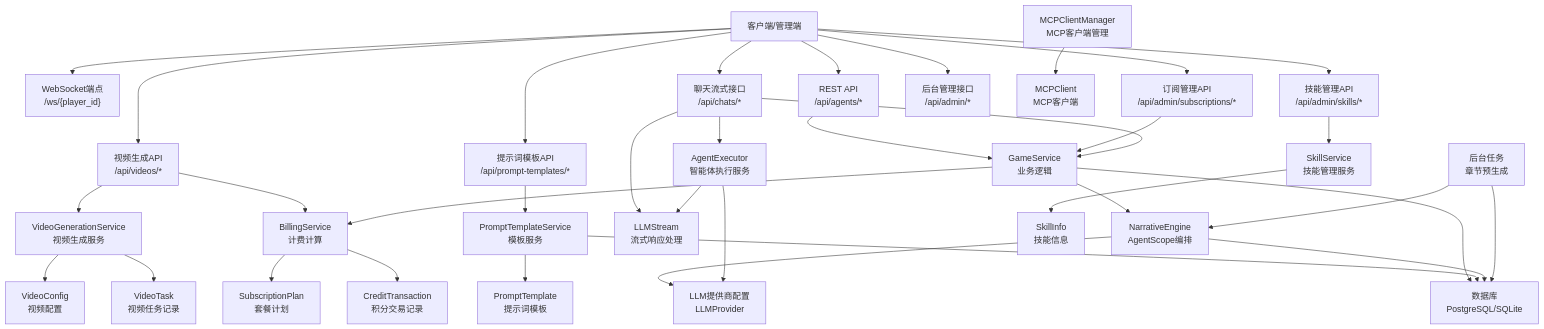
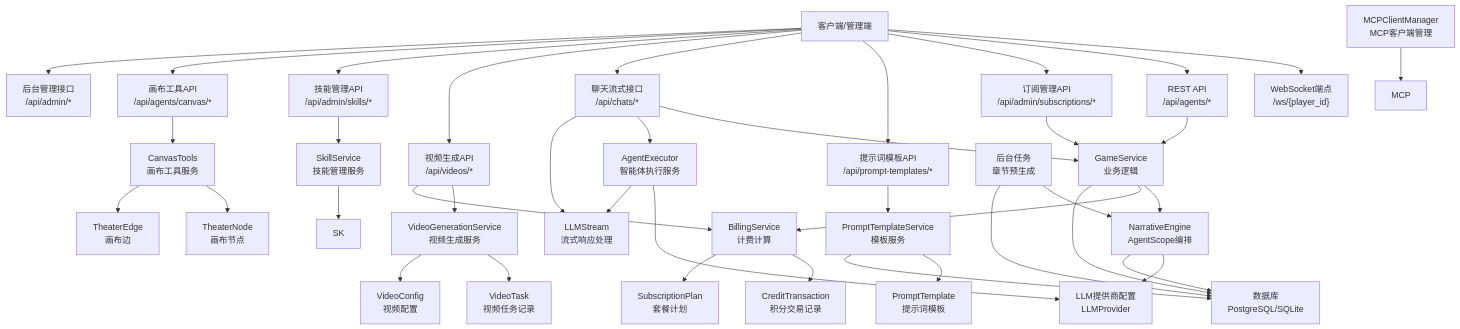
Before and after one commit to KunLabAI/KunFlix: the second of 24 diagrams in .qoder/repowiki/zh/content/后端开发指南/API路由系统/智能体管理API.md, drawn with Mermaid. The commit also changed other lines of this file and 15 other files, not shown here.

````diff
--- a/.qoder/repowiki/zh/content/后端开发指南/API路由系统/智能体管理API.md
+++ b/.qoder/repowiki/zh/content/后端开发指南/API路由系统/智能体管理API.md
@@ -197,65 +210,71 @@
 ```mermaid
 graph TB
 CLIENT["客户端/管理端"]
 WS["WebSocket端点<br/>/ws/{player_id}"]
 API["REST API<br/>/api/agents/*"]
 SUBAPI["订阅管理API<br/>/api/admin/subscriptions/*"]
 PROMPTAPI["提示词模板API<br/>/api/prompt-templates/*"]
 CHAT["聊天流式接口<br/>/api/chats/*"]
 VIDEOAPI["视频生成API<br/>/api/videos/*"]
 SKILLSAPI["技能管理API<br/>/api/admin/skills/*"]
+CANVASAPI["画布工具API<br/>/api/agents/canvas/*"]
 ADMIN["后台管理接口<br/>/api/admin/*"]
 SERVICE["GameService<br/>业务逻辑"]
 BILLINGSVC["BillingService<br/>计费计算"]
 PROMPTSVR["PromptTemplateService<br/>模板服务"]
 AGENTEXEC["AgentExecutor<br/>智能体执行服务"]
 VIDEOGEN["VideoGenerationService<br/>视频生成服务"]
 SKILLSSVC["SkillService<br/>技能管理服务"]
 MCPMANAGER["MCPClientManager<br/>MCP客户端管理"]
+CANVAS["CanvasTools<br/>画布工具服务"]
 LLMSTREAM["LLMStream<br/>流式响应处理"]
 AGENG["NarrativeEngine<br/>AgentScope编排"]
 DB["数据库<br/>PostgreSQL/SQLite"]
 PROVIDER["LLM提供商配置<br/>LLMProvider"]
 TASK["后台任务<br/>章节预生成"]
 CT["CreditTransaction<br/>积分交易记录"]
 SP["SubscriptionPlan<br/>套餐计划"]
 PT["PromptTemplate<br/>提示词模板"]
 VT["VideoTask<br/>视频任务记录"]
 VC["VideoConfig<br/>视频配置"]
-SK["SkillInfo<br/>技能信息"]
-MCP["MCPClient<br/>MCP客户端"]
+TN["TheaterNode<br/>画布节点"]
+TE["TheaterEdge<br/>画布边"]
 CLIENT --> WS
 CLIENT --> API
 CLIENT --> SUBAPI
 CLIENT --> PROMPTAPI
 CLIENT --> CHAT
 CLIENT --> VIDEOAPI
 CLIENT --> SKILLSAPI
+CLIENT --> CANVASAPI
 CLIENT --> ADMIN
 API --> SERVICE
 SUBAPI --> SERVICE
 PROMPTAPI --> PROMPTSVR
 CHAT --> SERVICE
 CHAT --> AGENTEXEC
 CHAT --> LLMSTREAM
 VIDEOAPI --> VIDEOGEN
 VIDEOAPI --> BILLINGSVC
 SKILLSAPI --> SKILLSSVC
+CANVASAPI --> CANVAS
 SERVICE --> AGENG
 SERVICE --> BILLINGSVC
 SERVICE --> DB
 PROMPTSVR --> PT
 PROMPTSVR --> DB
 BILLINGSVC --> CT
 BILLINGSVC --> SP
 VIDEOGEN --> VT
 VIDEOGEN --> VC
 SKILLSSVC --> SK
 MCPMANAGER --> MCP
+CANVAS --> TN
+CANVAS --> TE
 AGENG --> PROVIDER
 AGENG --> DB
 AGENTEXEC --> PROVIDER
 AGENTEXEC --> LLMSTREAM
 TASK --> AGENG
 TASK --> DB
 ```
````
